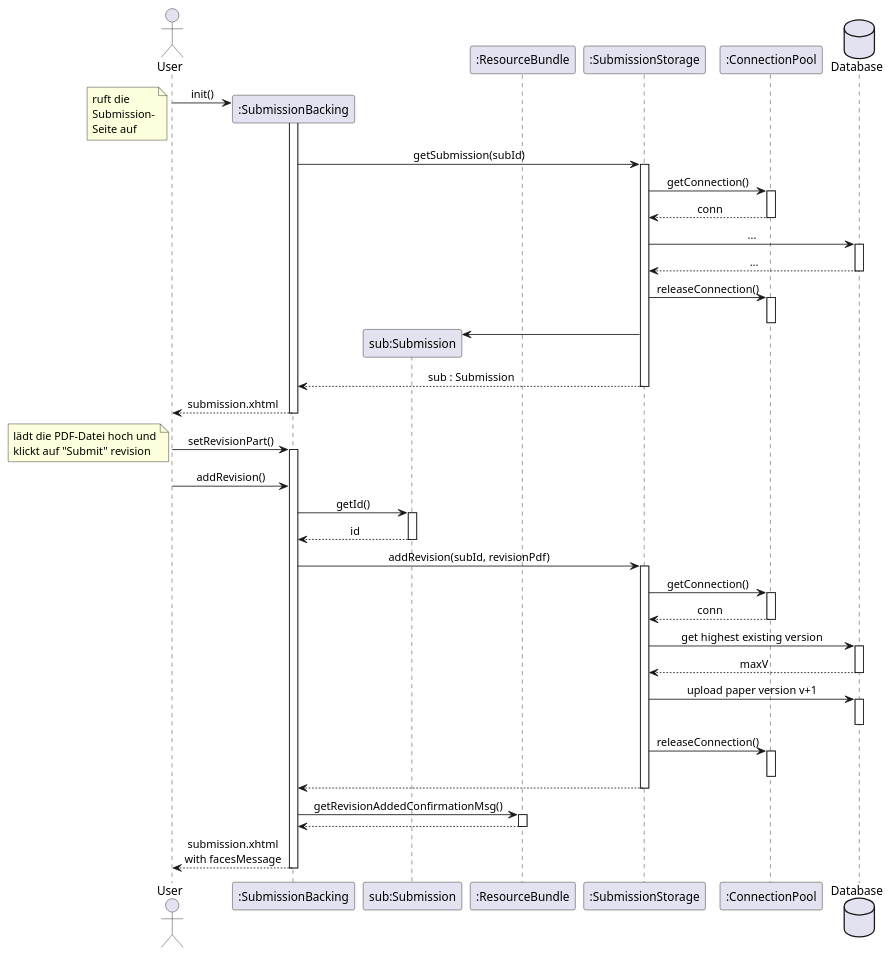
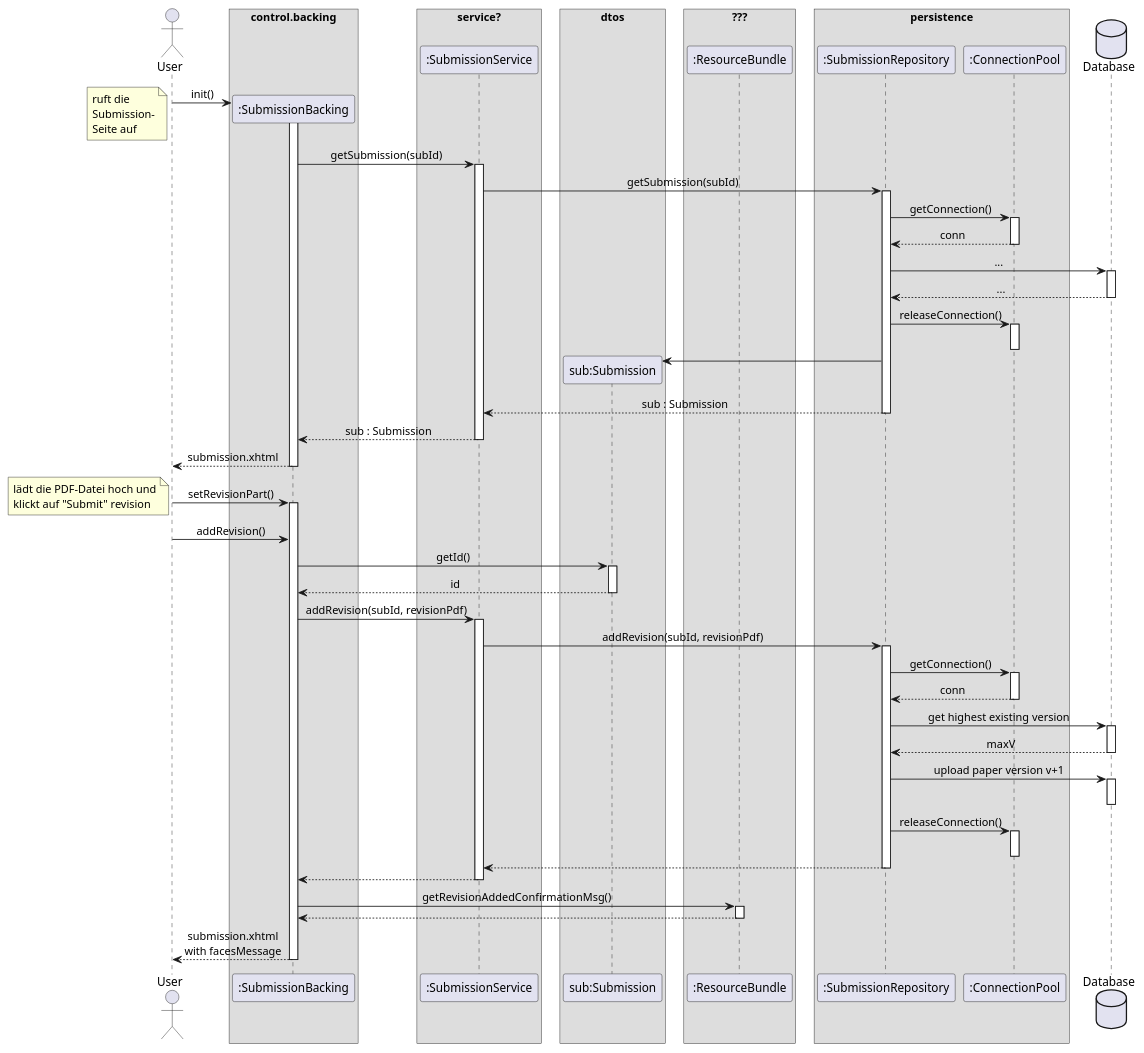
Before and after one commit to guersterst/LasEs: the diagram in docs/Entwurf/puml/upload_revision.puml, drawn with PlantUML. The commit also changed 2 other files, not shown here.

Commit message:
mek upload_revision sequence diagram remotely consistent with our architecture

```diff
--- a/docs/Entwurf/puml/upload_revision.puml
+++ b/docs/Entwurf/puml/upload_revision.puml
@@ -1,76 +1,96 @@
 @startuml
 'https://plantuml.com/sequence-diagram
 
 '!theme aws-orange
 skinparam sequenceMessageAlign center
+skinparam BoxPadding 10
 'autonumber
 'autoactivate on
+'hide footbox
 
 actor User as user
-participant ":SubmissionBacking" as submissionBacking
-participant "sub:Submission" as sub
-participant ":ResourceBundle" as rscBundle
-participant ":SubmissionStorage" as subStorage
-participant ":ConnectionPool" as connPool
+
+box "control.backing"
+    participant ":SubmissionBacking" as subBacking
+end box
+box "service?"
+    participant ":SubmissionService" as subService
+end box
+box "dtos"
+    participant "sub:Submission" as sub
+end box
+box "???"
+    participant ":ResourceBundle" as rscBundle
+end box
+box persistence
+    participant ":SubmissionRepository" as subRepo
+    participant ":ConnectionPool" as connPool
+end box
 database "Database" as db
 
-user -> submissionBacking ** : init()
+user -> subBacking ** : init()
 note left
-ruft die
-Submission-
-Seite auf
+    ruft die
+    Submission-
+    Seite auf
 end note
-activate submissionBacking
-submissionBacking -> subStorage : getSubmission(subId)
-activate subStorage
-subStorage -> connPool : getConnection()
-activate connPool
-return conn
-subStorage -> db : ...
-activate db
-return ...
-subStorage -> connPool : releaseConnection()
-activate connPool
-deactivate connPool
-create sub
-subStorage -> sub
-return sub : Submission
+activate subBacking
+    subBacking -> subService : getSubmission(subId)
+    activate subService
+        subService -> subRepo : getSubmission(subId)
+        activate subRepo
+            subRepo -> connPool : getConnection()
+            activate connPool
+            return conn
+            subRepo -> db : ...
+            activate db
+                return ...
+                subRepo -> connPool : releaseConnection()
+                    activate connPool
+                    deactivate connPool
+                create sub
+                subRepo -> sub
+        return sub : Submission
+    return sub : Submission
 return submission.xhtml
 
-user -> submissionBacking : setRevisionPart()
-activate submissionBacking
-note left
-lädt die PDF-Datei hoch und
-klickt auf "Submit" revision
-end note
-user -> submissionBacking : addRevision()
-submissionBacking -> sub : getId()
-activate sub
-return id
+user -> subBacking : setRevisionPart()
+activate subBacking
+    note left
+        lädt die PDF-Datei hoch und
+        klickt auf "Submit" revision
+    end note
+    user -> subBacking : addRevision()
+    subBacking -> sub : getId()
+    activate sub
+    return id
 
-submissionBacking -> subStorage : addRevision(subId, revisionPdf)
-activate subStorage
-subStorage -> connPool : getConnection()
-activate connPool
-return conn
-subStorage -> db : get highest existing version
-activate db
-return maxV
-subStorage -> db : upload paper version v+1
-activate db
-deactivate db
-subStorage -> connPool : releaseConnection()
-activate connPool
-deactivate connPool
-return
+    subBacking -> subService : addRevision(subId, revisionPdf)
+    activate subService
+        subService -> subRepo : addRevision(subId, revisionPdf)
+        activate subRepo
+            subRepo -> connPool : getConnection()
+            activate connPool
+            return conn
+            subRepo -> db : get highest existing version
+            activate db
+            return maxV
+            subRepo -> db : upload paper version v+1
+            activate db
+            deactivate db
+            subRepo -> connPool : releaseConnection()
+            activate connPool
+            deactivate connPool
+        return
+    return
 
-submissionBacking -> rscBundle : getRevisionAddedConfirmationMsg()
-activate rscBundle
-return
+    subBacking -> rscBundle : getRevisionAddedConfirmationMsg()
+    activate rscBundle
+    return
 
 return submission.xhtml\nwith facesMessage
 
 
 
 
 @enduml
```
